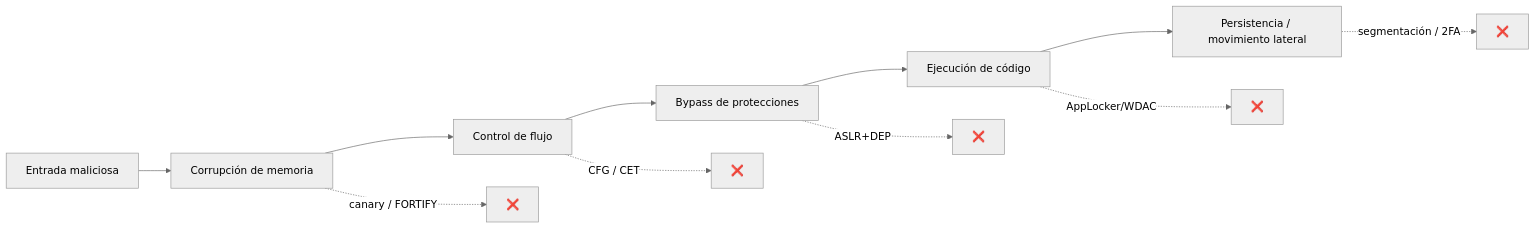
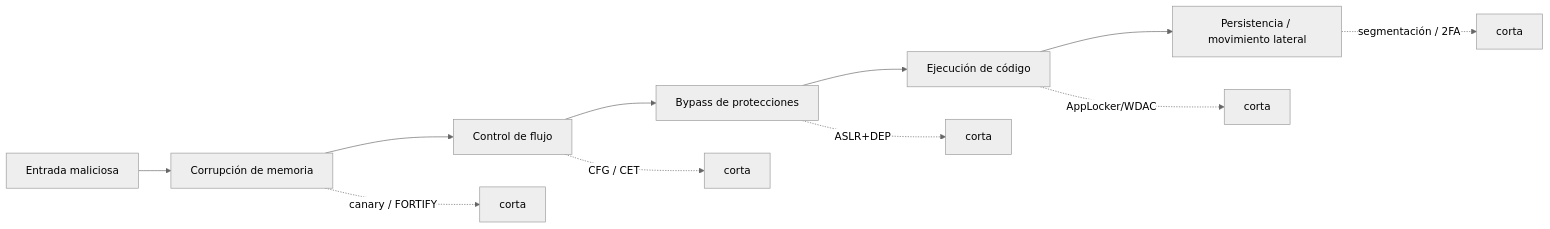
One commit to dat3unh4ck/modulo6-analisis-vulnerabilidades changed the first of 2 diagrams in docs/07-bastionado-defensa.md. Above: the diagram before and after it, drawn with Mermaid (neutral theme). The commit also changed other lines of this file and 10 other files, not shown here.

````diff
--- a/docs/07-bastionado-defensa.md
+++ b/docs/07-bastionado-defensa.md
@@ -20,14 +20,14 @@
 ```mermaid
 flowchart LR
     A[Entrada maliciosa] --> B[Corrupción de memoria]
     B --> C[Control de flujo]
     C --> D[Bypass de protecciones]
     D --> E[Ejecución de código]
     E --> F[Persistencia / movimiento lateral]
 
-    B -. canary / FORTIFY .-> X1[❌]
-    C -. CFG / CET .-> X2[❌]
-    D -. ASLR+DEP .-> X3[❌]
-    E -. AppLocker/WDAC .-> X4[❌]
-    F -. segmentación / 2FA .-> X5[❌]
+    B -. canary / FORTIFY .-> X1[corta]
+    C -. CFG / CET .-> X2[corta]
+    D -. ASLR+DEP .-> X3[corta]
+    E -. AppLocker/WDAC .-> X4[corta]
+    F -. segmentación / 2FA .-> X5[corta]
 ```
````
